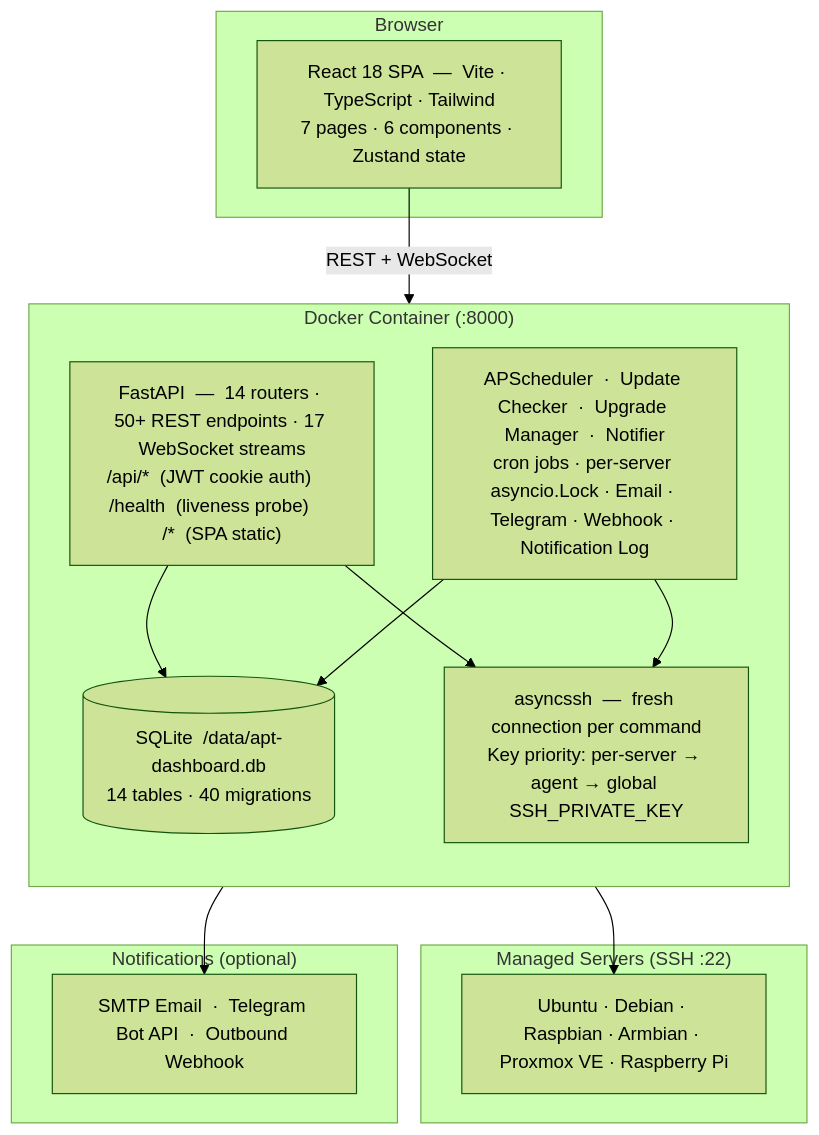
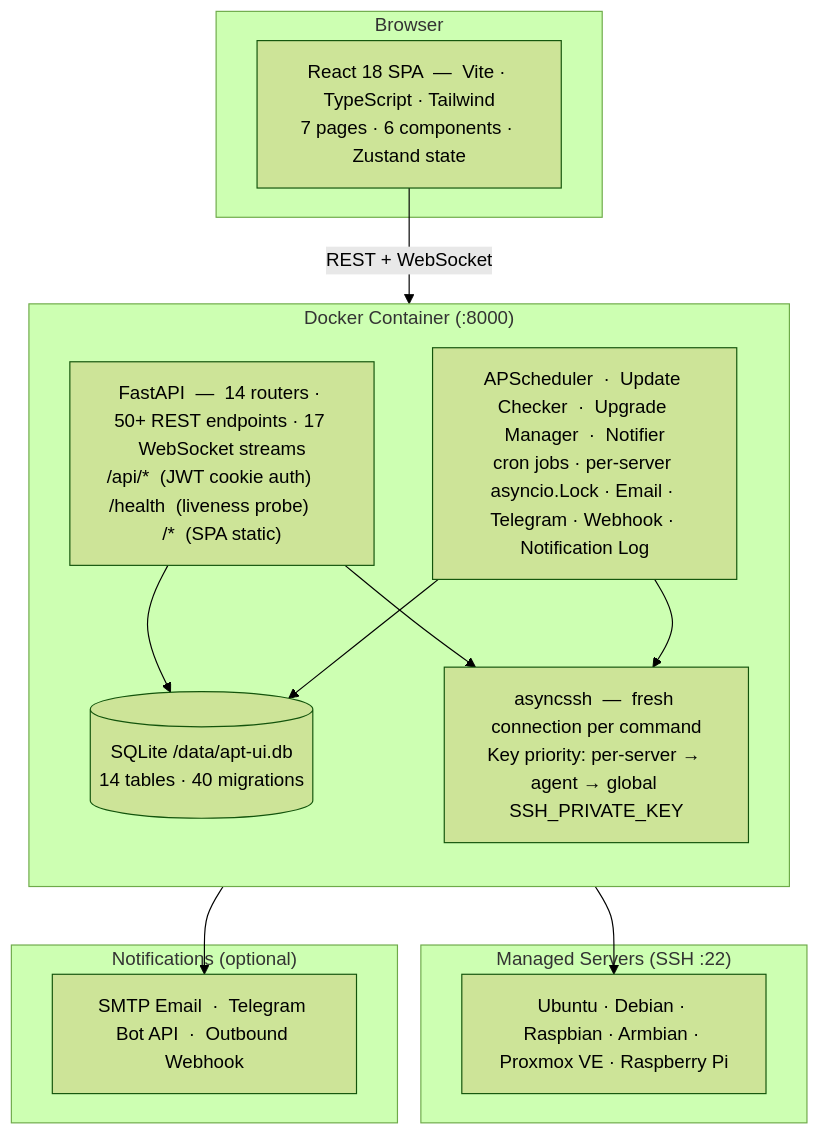
Before and after one commit to mzac/apt-ui: the diagram in README.md, drawn with Mermaid (forest theme). The commit also changed other lines of this file and 15 other files, not shown here.

First line of the commit message:
refactor: complete apt-dashboard → apt-ui rename

````diff
--- a/README.md
+++ b/README.md
@@ -312,30 +312,30 @@
 ```mermaid
 graph TB
     subgraph browser["Browser"]
         SPA["React 18 SPA  —  Vite · TypeScript · Tailwind\n7 pages · 6 components · Zustand state"]
     end
 
     subgraph container["Docker Container  (:8000)"]
         direction TB
         API["FastAPI  —  14 routers · 50+ REST endpoints · 17 WebSocket streams\n/api/*  (JWT cookie auth)     /health  (liveness probe)     /*  (SPA static)"]
         BG["APScheduler  ·  Update Checker  ·  Upgrade Manager  ·  Notifier\ncron jobs · per-server asyncio.Lock · Email · Telegram · Webhook · Notification Log"]
-        DB[("SQLite  /data/apt-dashboard.db\n14 tables · 40 migrations")]
+        DB[("SQLite  /data/apt-ui.db\n14 tables · 40 migrations")]
         SSH["asyncssh  —  fresh connection per command\nKey priority: per-server → agent → global SSH_PRIVATE_KEY"]
     end
 
     subgraph servers["Managed Servers  (SSH :22)"]
         S["Ubuntu · Debian · Raspbian · Armbian · Proxmox VE · Raspberry Pi"]
     end
 
     subgraph notif["Notifications  (optional)"]
         N["SMTP Email  ·  Telegram Bot API  ·  Outbound Webhook"]
     end
 
     SPA -- "REST + WebSocket" --> API
     API --> DB
     API --> SSH
     BG --> DB
     BG --> SSH
     BG --> N
     SSH --> S
 ```
````
